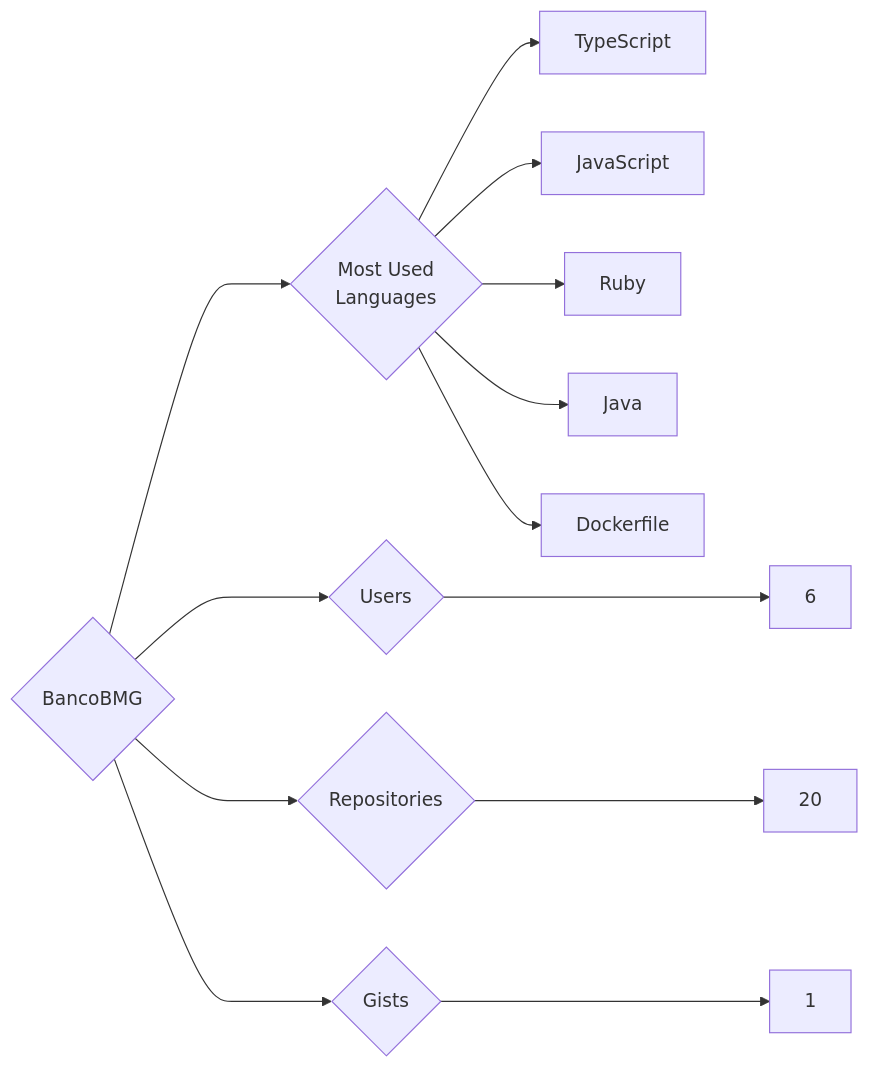
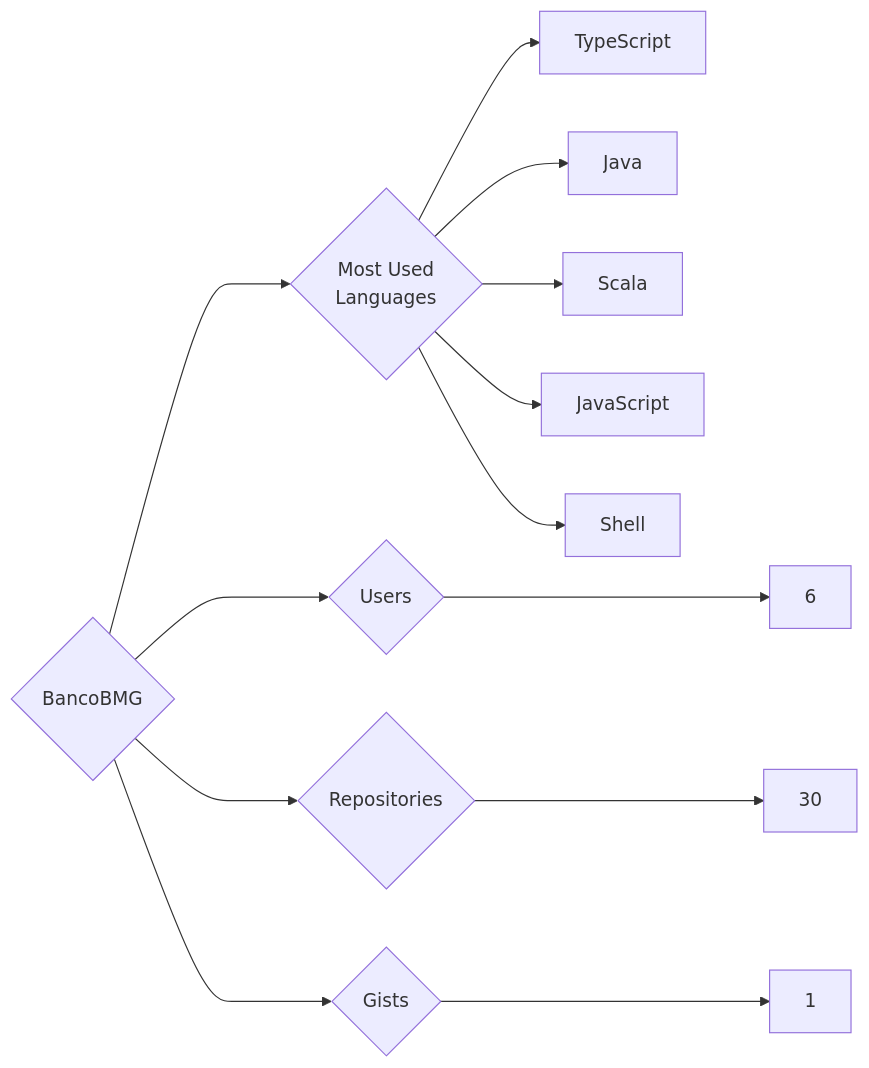
The diagram in targets/BancoBMG/README.md (trickest/insiders), drawn with Mermaid before and after one commit. The commit also changed 1055 other files, not shown here.

````diff
--- a/targets/BancoBMG/README.md
+++ b/targets/BancoBMG/README.md
@@ -3,13 +3,13 @@
 ```mermaid
 graph LR
 COMPANY_NAME{BancoBMG}
 COMPANY_NAME ---> U{Users} ---> UN[6]
-COMPANY_NAME ---> R{Repositories} ---> RN[20]
+COMPANY_NAME ---> R{Repositories} ---> RN[30]
 COMPANY_NAME ---> G{Gists} ---> GN[1]
 COMPANY_NAME ---> ML{Most Used<br>Languages}
 ML --> TypeScript[TypeScript]
+ML --> Java[Java]
+ML --> Scala[Scala]
 ML --> JavaScript[JavaScript]
-ML --> Ruby[Ruby]
-ML --> Java[Java]
-ML --> Dockerfile[Dockerfile]
+ML --> Shell[Shell]
 ```
````
